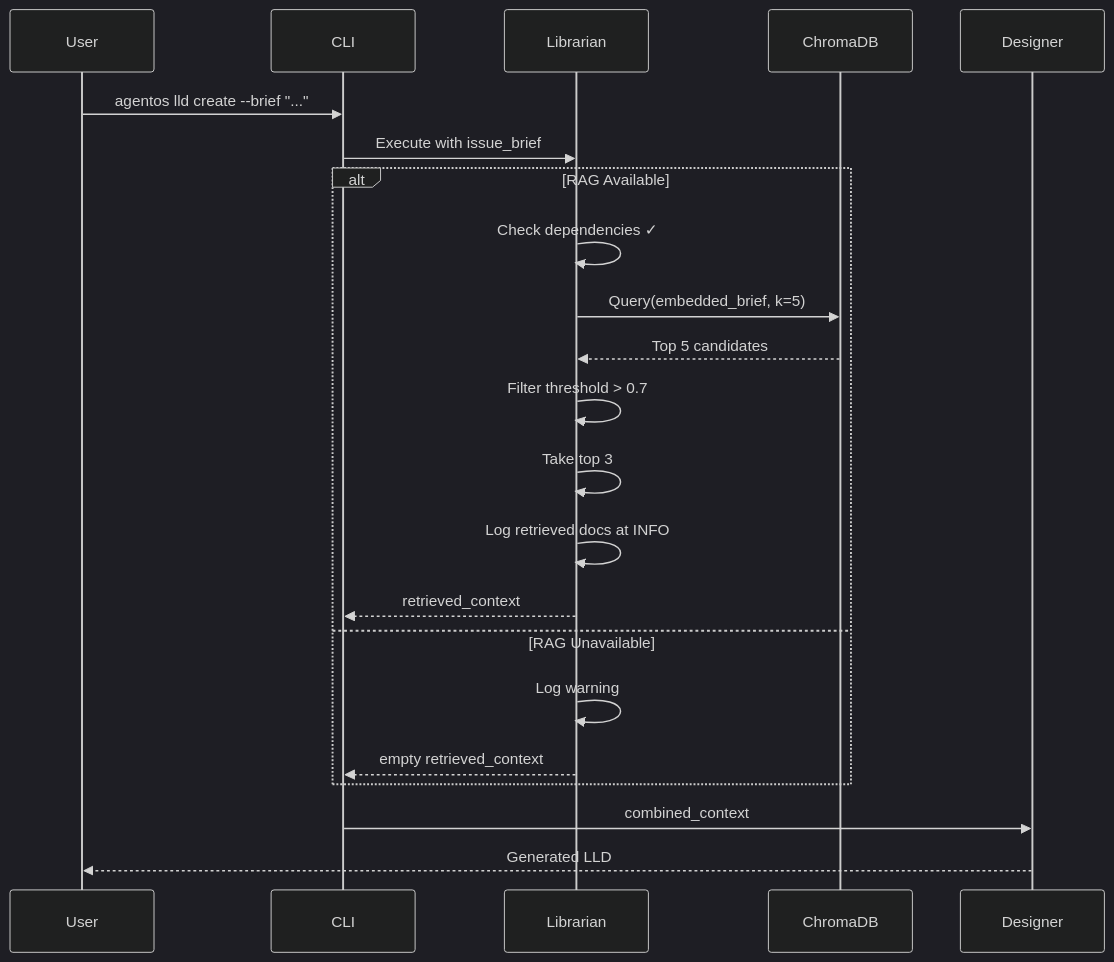
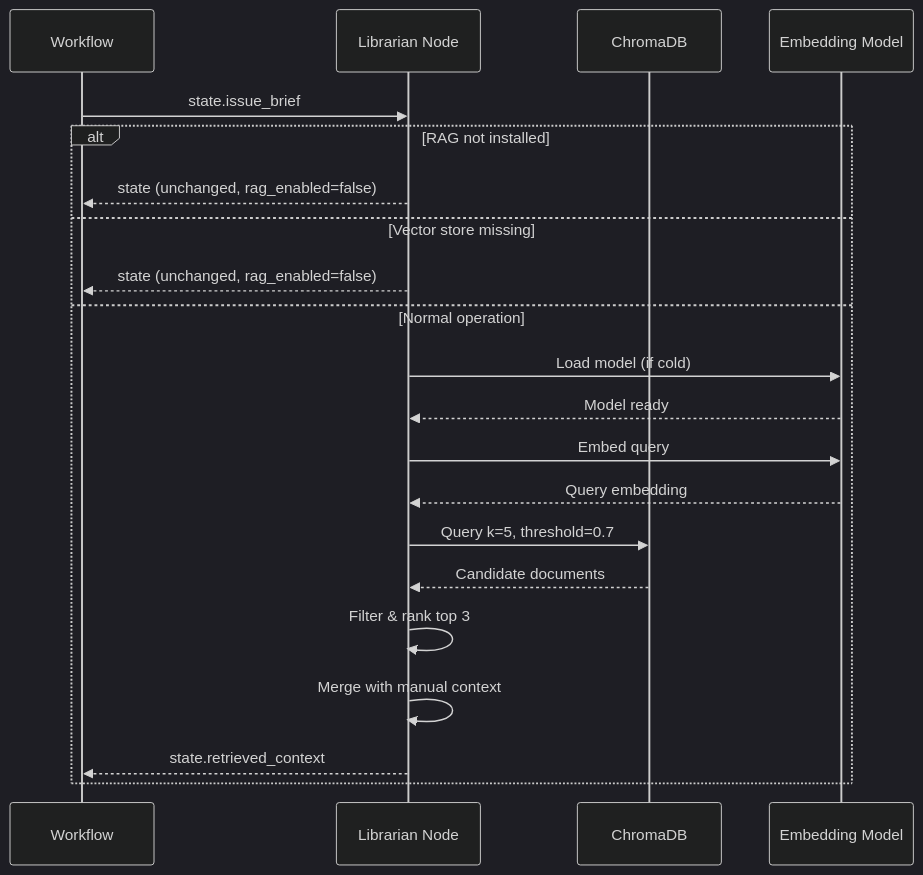
Before and after one commit to martymcenroe/AssemblyZero: the second of 2 diagrams in docs/lineage/active/88-lld-n2/004-draft.md, drawn with Mermaid (dark theme). The commit also changed other lines of this file and 191 other files, not shown here.

First line of the commit message:
feat: add The Librarian RAG context injection (#88) (#481)

````diff
--- a/docs/lineage/active/88-lld-n2/004-draft.md
+++ b/docs/lineage/active/88-lld-n2/004-draft.md
@@ -395,27 +419,25 @@
 ```mermaid
 sequenceDiagram
-    participant User
-    participant CLI
-    participant Librarian
-    participant ChromaDB
-    participant Designer
-
-    User->>CLI: agentos lld create --brief "..."
-    CLI->>Librarian: Execute with issue_brief
+    participant W as Workflow
+    participant L as Librarian Node
+    participant C as ChromaDB
+    participant M as Embedding Model
     
-    alt RAG Available
-        Librarian->>Librarian: Check dependencies ✓
-        Librarian->>ChromaDB: Query(embedded_brief, k=5)
-        ChromaDB-->>Librarian: Top 5 candidates
-        Librarian->>Librarian: Filter threshold > 0.7
-        Librarian->>Librarian: Take top 3
-        Librarian->>Librarian: Log retrieved docs at INFO
-        Librarian-->>CLI: retrieved_context
-    else RAG Unavailable
-        Librarian->>Librarian: Log warning
-        Librarian-->>CLI: empty retrieved_context
+    W->>L: state.issue_brief
+    
+    alt RAG not installed
+        L-->>W: state (unchanged, rag_enabled=false)
+    else Vector store missing
+        L-->>W: state (unchanged, rag_enabled=false)
+    else Normal operation
+        L->>M: Load model (if cold)
+        M-->>L: Model ready
+        L->>M: Embed query
+        M-->>L: Query embedding
+        L->>C: Query k=5, threshold=0.7
+        C-->>L: Candidate documents
+        L->>L: Filter & rank top 3
+        L->>L: Merge with manual context
+        L-->>W: state.retrieved_context
     end
-    
-    CLI->>Designer: combined_context
-    Designer-->>User: Generated LLD
 ```
````
